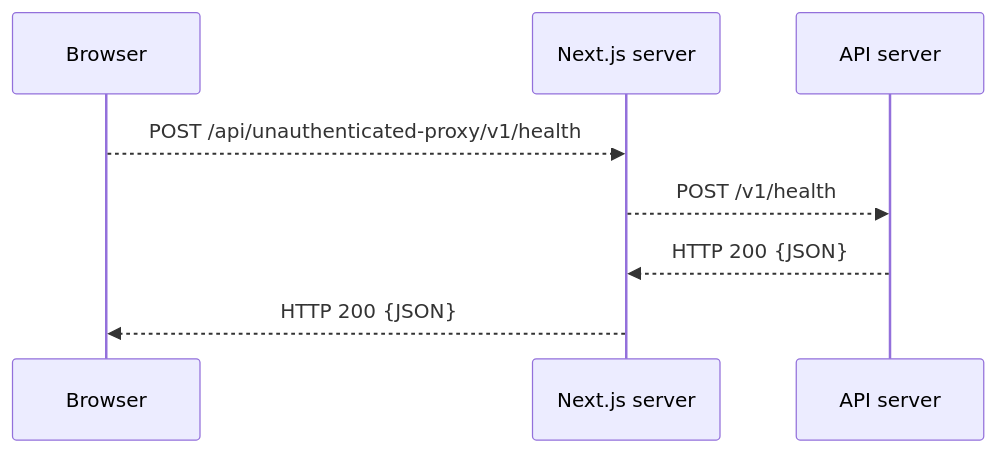
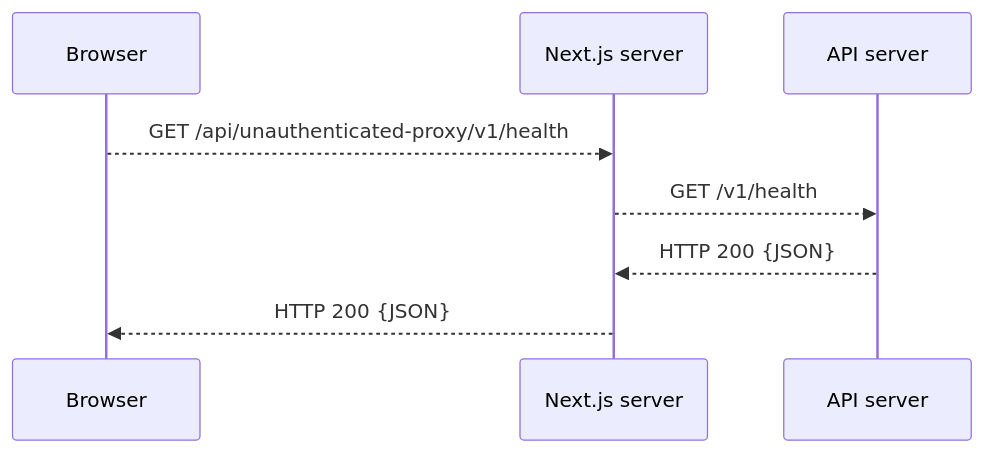
The second of 2 diagrams in docs/how-to/delevop-the-front-end.md (47chapters/letsgo), drawn with Mermaid before and after one commit. The commit also changed other lines of this file, not shown here.

````diff
--- a/docs/how-to/delevop-the-front-end.md
+++ b/docs/how-to/delevop-the-front-end.md
@@ -135,10 +135,10 @@
 ```mermaid
 sequenceDiagram
   participant B as Browser
   participant N as Next.js server
   participant S as API server
-  B-->>N: POST /api/unauthenticated-proxy/v1/health
-  N-->>S: POST /v1/health
+  B-->>N: GET /api/unauthenticated-proxy/v1/health
+  N-->>S: GET /v1/health
   S-->>N: HTTP 200 {JSON}
   N-->>B: HTTP 200 {JSON}
 ```
````
